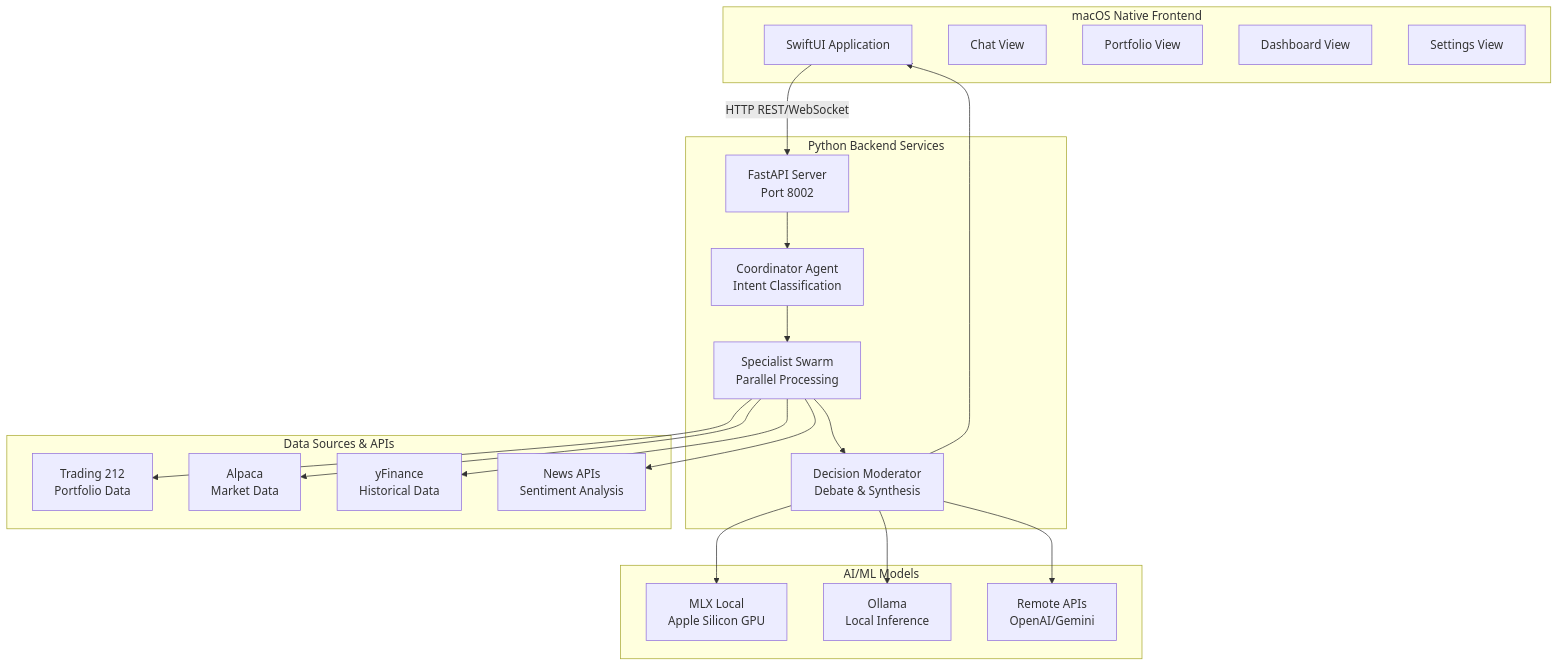
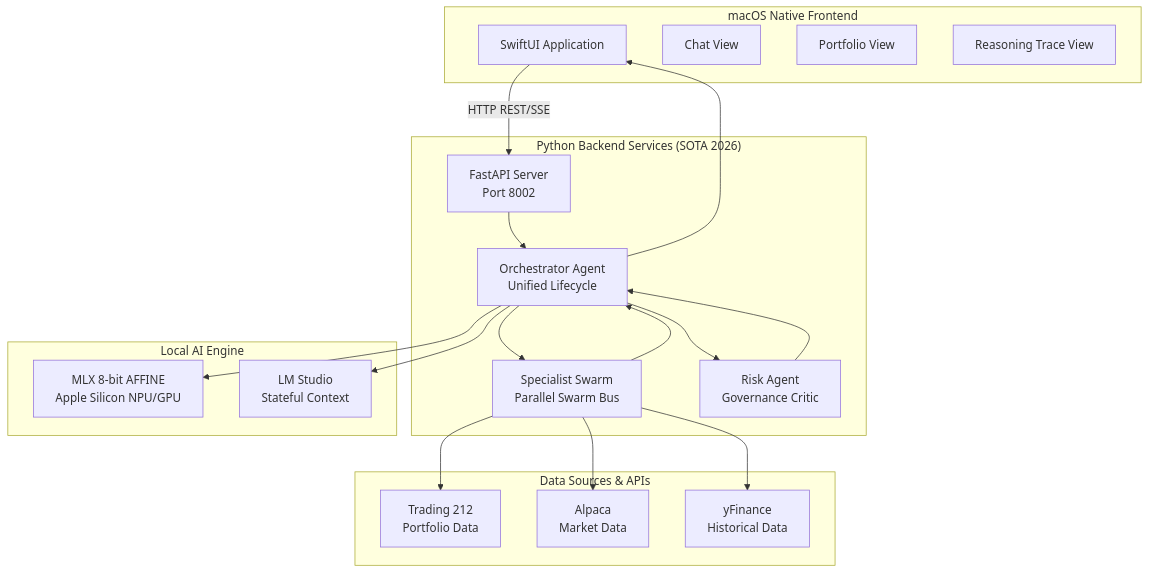
Before and after one commit to sank29mane/growin-app: the diagram in README.md, drawn with Mermaid. The commit also changed other lines of this file and 129 other files, not shown here.

````diff
--- a/README.md
+++ b/README.md
@@ -23,45 +24,42 @@
 ```mermaid
 graph TB
     subgraph "macOS Native Frontend"
         UI[SwiftUI Application]
         CV[Chat View]
         PV[Portfolio View]
-        DV[Dashboard View]
-        SV[Settings View]
+        RV[Reasoning Trace View]
     end
 
-    subgraph "Python Backend Services"
+    subgraph "Python Backend Services (SOTA 2026)"
         API[FastAPI Server<br/>Port 8002]
-        CA[Coordinator Agent<br/>Intent Classification]
-        SA[Specialist Swarm<br/>Parallel Processing]
-        DA[Decision Moderator<br/>Debate & Synthesis]
+        ORCH[Orchestrator Agent<br/>Unified Lifecycle]
+        SWARM[Specialist Swarm<br/>Parallel Swarm Bus]
+        RISK[Risk Agent<br/>Governance Critic]
     end
 
     subgraph "Data Sources & APIs"
         T212[Trading 212<br/>Portfolio Data]
         ALP[Alpaca<br/>Market Data]
         YF[yFinance<br/>Historical Data]
-        NEWS[News APIs<br/>Sentiment Analysis]
     end
 
-    subgraph "AI/ML Models"
-        MLX[MLX Local<br/>Apple Silicon GPU]
-        OLL[Ollama<br/>Local Inference]
-        REM[Remote APIs<br/>OpenAI/Gemini]
+    subgraph "Local AI Engine"
+        MLX[MLX 8-bit AFFINE<br/>Apple Silicon NPU/GPU]
+        LMS[LM Studio<br/>Stateful Context]
     end
 
-    UI -->|HTTP REST/WebSocket| API
-    API --> CA
-    CA --> SA
-    SA --> DA
-    DA --> UI
+    UI -->|HTTP REST/SSE| API
+    API --> ORCH
+    ORCH --> SWARM
+    SWARM --> ORCH
+    ORCH --> RISK
+    RISK --> ORCH
+    ORCH --> UI
 
-    SA --> T212
-    SA --> ALP
-    SA --> YF
-    SA --> NEWS
+    SWARM --> T212
+    SWARM --> ALP
+    SWARM --> YF
 
-    DA --> MLX
-    DA --> OLL
-    DA --> REM
+    ORCH --> MLX
+    ORCH --> LMS
 ```
````
